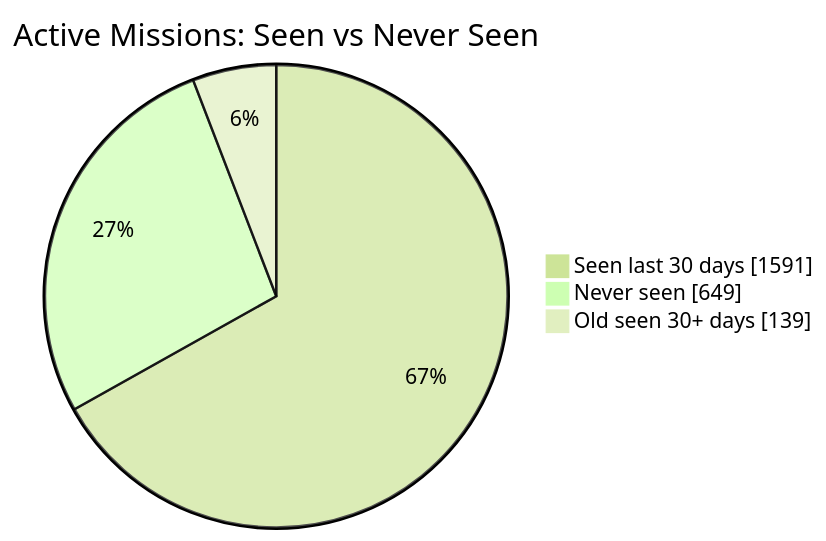
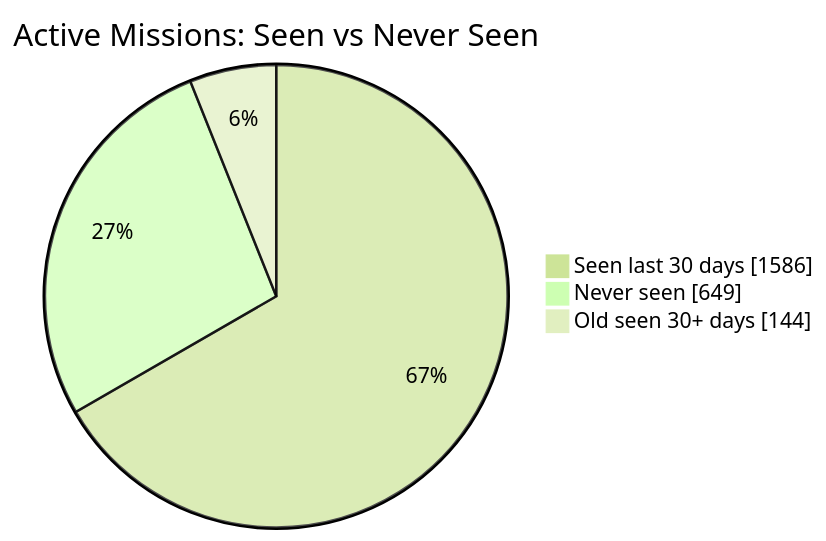
Before and after one commit to MeldkamerspelGameTeam/active-missions: the first of 2 diagrams in README.md, drawn with Mermaid (forest theme). The commit also changed other lines of this file and 3 other files, not shown here.

````diff
--- a/README.md
+++ b/README.md
@@ -34,7 +34,7 @@
 ```mermaid
 pie showData
     title Active Missions: Seen vs Never Seen
-    "Seen last 30 days" : 1591
+    "Seen last 30 days" : 1586
     "Never seen" : 649
-    "Old seen 30+ days" : 139
+    "Old seen 30+ days" : 144
 ```
````
